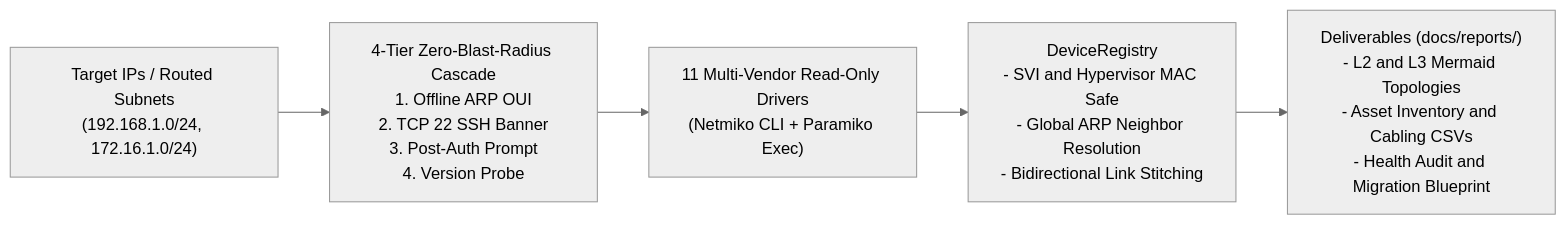
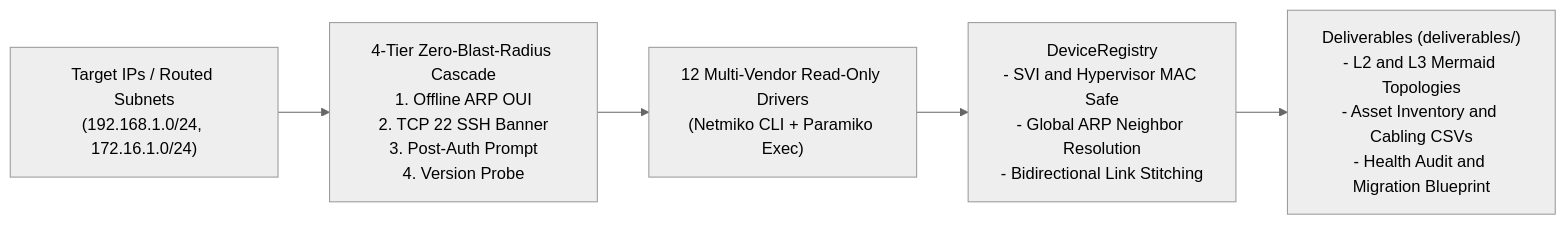
Before and after one commit to leifdavisson/net-docu-crawler: the diagram in README.md, drawn with Mermaid (neutral theme). The commit also changed other lines of this file and 5 other files, not shown here.

````diff
--- a/README.md
+++ b/README.md
@@ -26,13 +26,13 @@
 ```mermaid
 flowchart LR
     Targets["Target IPs / Routed Subnets<br>(192.168.1.0/24, 172.16.1.0/24)"]
     Cascade["4-Tier Zero-Blast-Radius Cascade<br>1. Offline ARP OUI<br>2. TCP 22 SSH Banner<br>3. Post-Auth Prompt<br>4. Version Probe"]
-    Drivers["11 Multi-Vendor Read-Only Drivers<br>(Netmiko CLI + Paramiko Exec)"]
+    Drivers["12 Multi-Vendor Read-Only Drivers<br>(Netmiko CLI + Paramiko Exec)"]
     Registry["DeviceRegistry<br>- SVI and Hypervisor MAC Safe<br>- Global ARP Neighbor Resolution<br>- Bidirectional Link Stitching"]
-    Reports["Deliverables (docs/reports/)<br>- L2 and L3 Mermaid Topologies<br>- Asset Inventory and Cabling CSVs<br>- Health Audit and Migration Blueprint"]
+    Reports["Deliverables (deliverables/)<br>- L2 and L3 Mermaid Topologies<br>- Asset Inventory and Cabling CSVs<br>- Health Audit and Migration Blueprint"]
 
     Targets --> Cascade
     Cascade --> Drivers
     Drivers --> Registry
     Registry --> Reports
 ```
````
